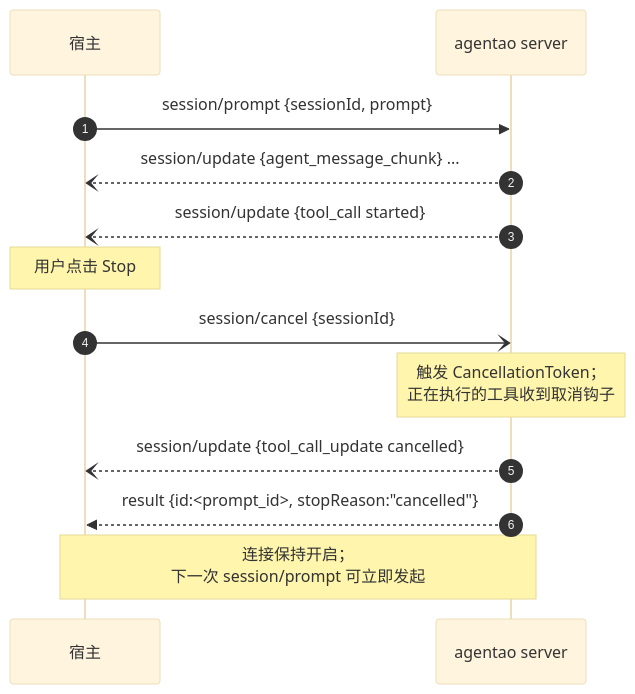
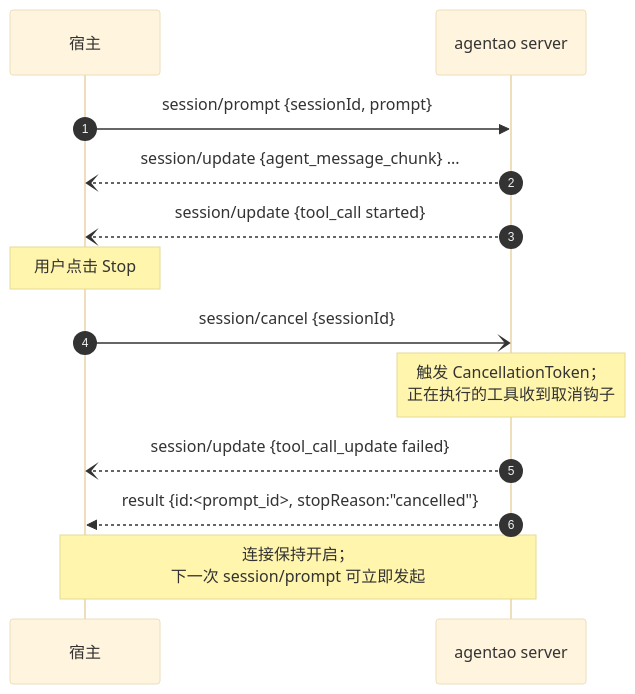
One commit to jin-bo/agentao changed the second of 2 diagrams in developer-guide/zh/part-3/2-agentao-as-server.md. Above: the diagram before and after it, drawn with Mermaid (base theme). The commit also changed other lines of this file and 30 other files, not shown here.

````diff
--- a/developer-guide/zh/part-3/2-agentao-as-server.md
+++ b/developer-guide/zh/part-3/2-agentao-as-server.md
@@ -285,16 +287,16 @@
 ```mermaid
 sequenceDiagram
     autonumber
     participant H as 宿主
     participant S as agentao server
 
     H->>S: session/prompt {sessionId, prompt}
     S--)H: session/update {agent_message_chunk} ...
     S--)H: session/update {tool_call started}
     Note over H: 用户点击 Stop
     H-)S: session/cancel {sessionId}
     Note over S: 触发 CancellationToken；<br/>正在执行的工具收到取消钩子
-    S--)H: session/update {tool_call_update cancelled}
+    S--)H: session/update {tool_call_update failed}
     S-->>H: result {id:<prompt_id>, stopReason:"cancelled"}
     Note over H,S: 连接保持开启；<br/>下一次 session/prompt 可立即发起
 ```
````
